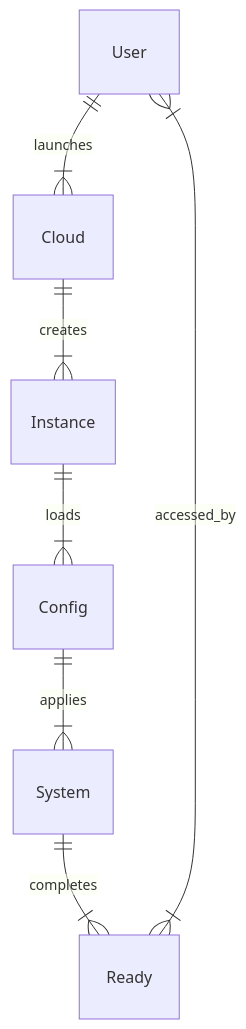
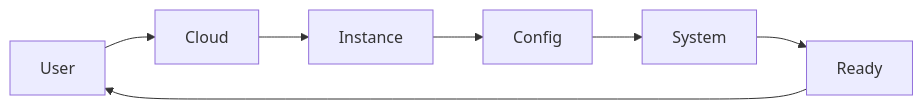
One commit to rbcmgs/cloud-init-library changed the third of 3 diagrams in README.md. Above: the diagram before and after it, drawn with Mermaid. The commit also changed other lines of this file, not shown here.

Commit message:
Update README.md to replace entity-relationship diagrams with graph syntax

````diff
--- a/README.md
+++ b/README.md
@@ -63,9 +63,9 @@
 ```mermaid
-erDiagram
-  User ||--|{ Cloud : launches
-  Cloud ||--|{ Instance : creates
-  Instance ||--|{ Config : loads
-  Config ||--|{ System : applies
-  System ||--|{ Ready : completes
-  Ready }|--|{ User : accessed_by
+graph LR
+  User --> Cloud
+  Cloud --> Instance
+  Instance --> Config
+  Config --> System
+  System --> Ready
+  Ready --> User
 ```
````
